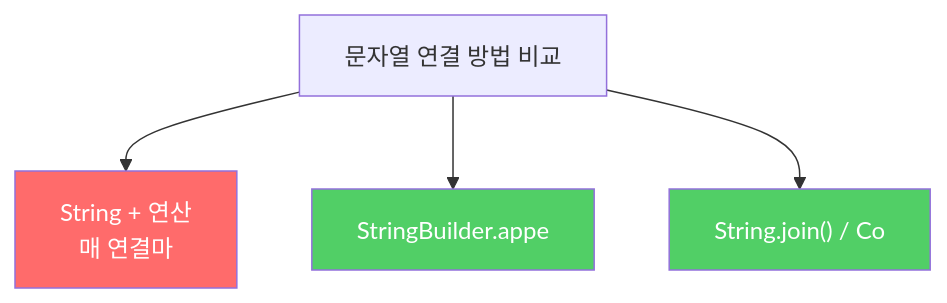
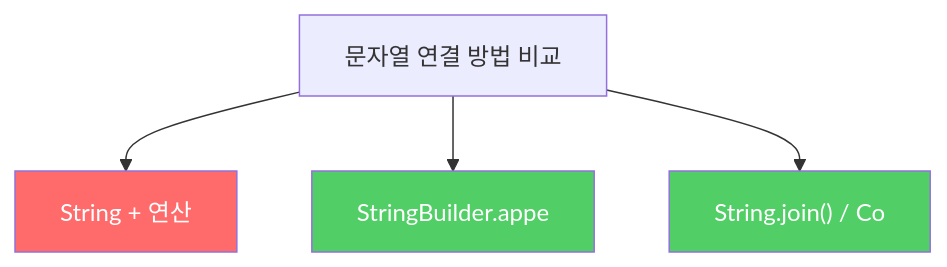
The diagram in _posts/java/2022-02-13-effective-java63.md (yjkim2015/yjkim2015.github.io), drawn with Mermaid before and after one commit. The commit also changed 217 other files, not shown here.

First line of the commit message:
Mermaid 크기 수정: useMaxWidth:true + SVG max-width:100% + 라벨 축소

````diff
--- a/_posts/java/2022-02-13-effective-java63.md
+++ b/_posts/java/2022-02-13-effective-java63.md
@@ -52,9 +52,9 @@
 ```mermaid
 graph TD
-    A["문자열 연결 방법 비교"] --> B["String + 연산\n매 연결마"]
+    A["문자열 연결 방법 비교"] --> B["String + 연산"]
     A --> C["StringBuilder.appe"]
     A --> D["String.join() / Co"]
     style B fill:#ff6b6b,color:#fff
     style C fill:#51cf66,color:#fff
     style D fill:#51cf66,color:#fff
 ```
````
